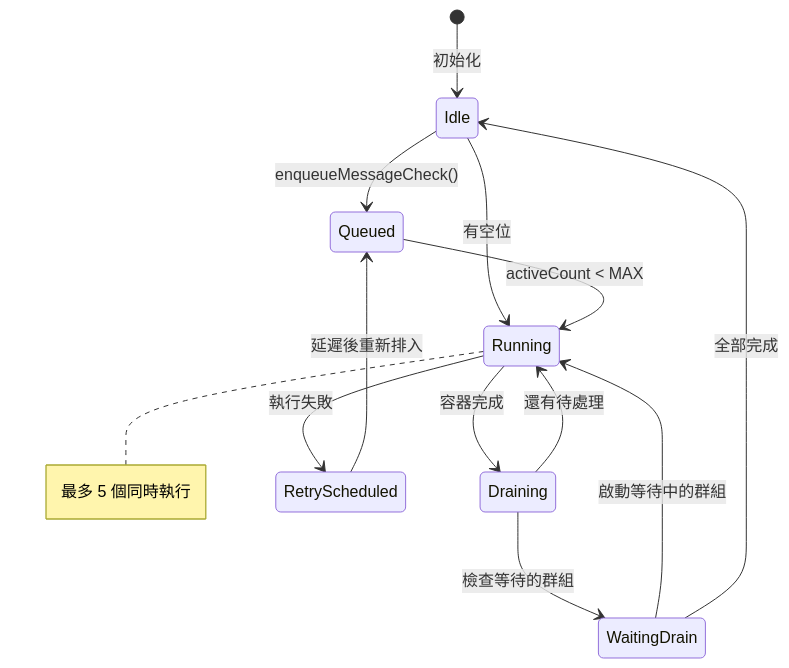
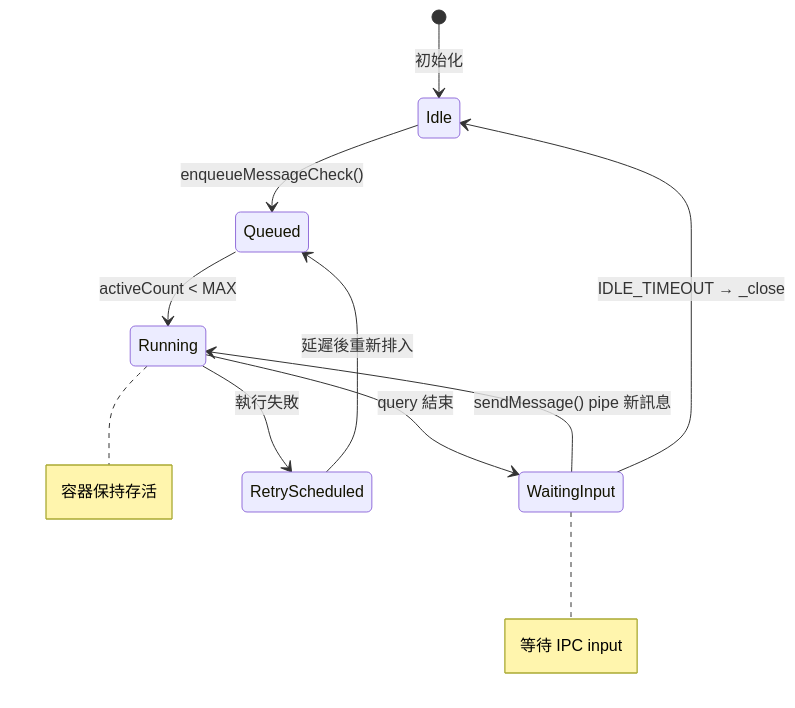
Diagram 14 of 39 in tutorial/TUTORIAL.md (shunwork/nanoclaw), drawn with Mermaid before and after one commit. The commit also changed other lines of this file and 18 other files, not shown here.

````diff
--- a/tutorial/TUTORIAL.md
+++ b/tutorial/TUTORIAL.md
@@ -690,19 +778,17 @@
 ```mermaid
 stateDiagram-v2
     [*] --> Idle: 初始化
 
     Idle --> Queued: enqueueMessageCheck()
-    Idle --> Running: 有空位
+    Queued --> Running: activeCount < MAX
 
-    Queued --> Running: activeCount < MAX
-    Running --> Draining: 容器完成
-    Draining --> Running: 還有待處理
-    Draining --> WaitingDrain: 檢查等待的群組
-    WaitingDrain --> Running: 啟動等待中的群組
-    WaitingDrain --> Idle: 全部完成
+    Running --> WaitingInput: query 結束
+    WaitingInput --> Running: sendMessage() pipe 新訊息
+    WaitingInput --> Idle: IDLE_TIMEOUT → _close
 
     Running --> RetryScheduled: 執行失敗
     RetryScheduled --> Queued: 延遲後重新排入
 
-    note right of Running : 最多 5 個同時執行
+    note right of Running : 容器保持存活
+    note right of WaitingInput : 等待 IPC input
 ```
````
